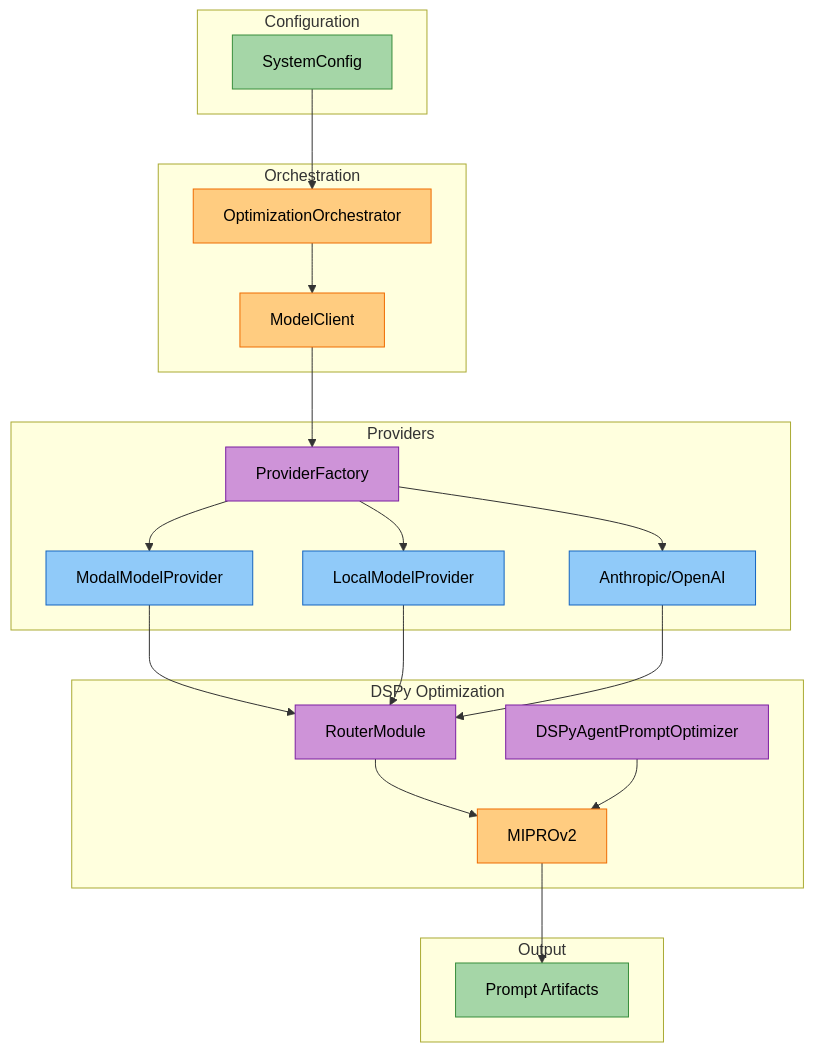
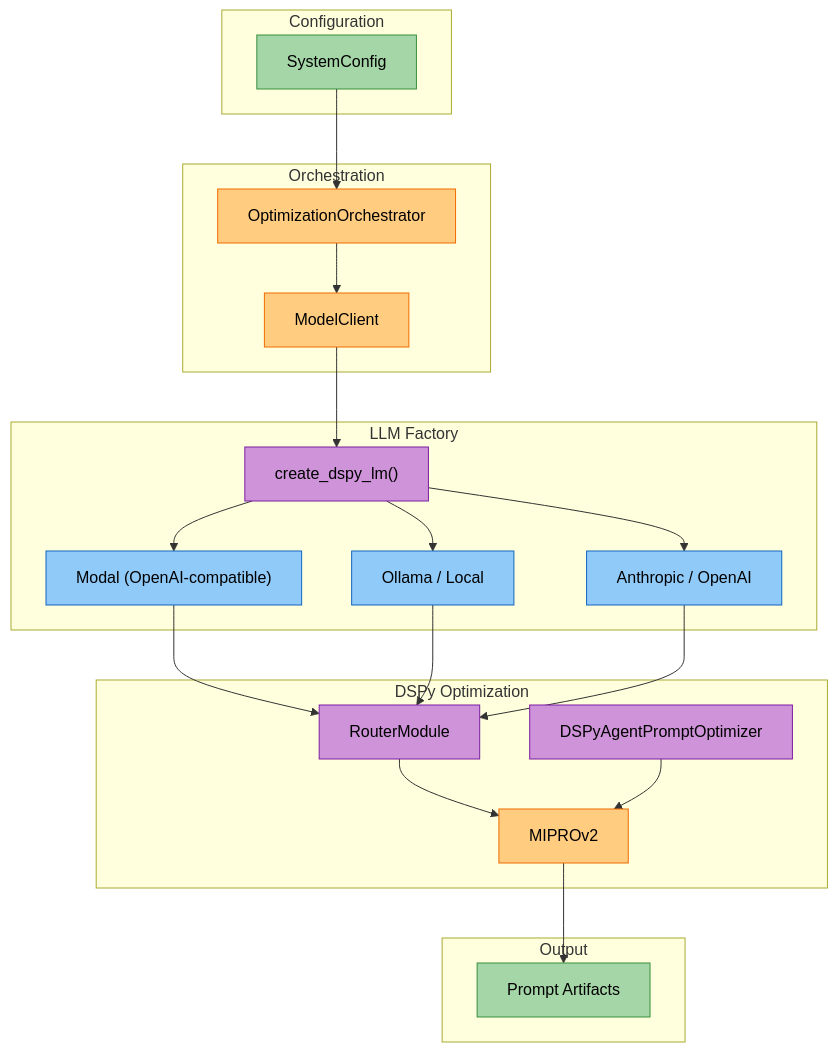
The fourth of 4 diagrams in docs/modules/optimization.md (amit-jain/cogniverse), drawn with Mermaid before and after one commit. The commit also changed other lines of this file and 10 other files, not shown here.

````diff
--- a/docs/modules/optimization.md
+++ b/docs/modules/optimization.md
@@ -1867,56 +1867,56 @@
 ```mermaid
 flowchart TB
     subgraph "Configuration"
         Config["<span style='color:#000'>SystemConfig</span>"]
     end
 
     subgraph "Orchestration"
         Orch["<span style='color:#000'>OptimizationOrchestrator</span>"]
         Client["<span style='color:#000'>ModelClient</span>"]
     end
 
-    subgraph "Providers"
-        Factory["<span style='color:#000'>ProviderFactory</span>"]
-        Modal["<span style='color:#000'>ModalModelProvider</span>"]
-        Local["<span style='color:#000'>LocalModelProvider</span>"]
-        API["<span style='color:#000'>Anthropic/OpenAI</span>"]
+    subgraph "LLM Factory"
+        Factory["<span style='color:#000'>create_dspy_lm()</span>"]
+        Modal["<span style='color:#000'>Modal (OpenAI-compatible)</span>"]
+        Local["<span style='color:#000'>Ollama / Local</span>"]
+        API["<span style='color:#000'>Anthropic / OpenAI</span>"]
     end
 
     subgraph "DSPy Optimization"
         Router["<span style='color:#000'>RouterModule</span>"]
         AgentOpt["<span style='color:#000'>DSPyAgentPromptOptimizer</span>"]
         MIPRO["<span style='color:#000'>MIPROv2</span>"]
     end
 
     subgraph "Output"
         Artifacts["<span style='color:#000'>Prompt Artifacts</span>"]
     end
 
     Config --> Orch
     Orch --> Client
     Client --> Factory
 
     Factory --> Modal
     Factory --> Local
     Factory --> API
 
     Modal --> Router
     Local --> Router
     API --> Router
 
     Router --> MIPRO
     AgentOpt --> MIPRO
     MIPRO --> Artifacts
 
     style Config fill:#a5d6a7,stroke:#388e3c,color:#000
     style Orch fill:#ffcc80,stroke:#ef6c00,color:#000
     style Client fill:#ffcc80,stroke:#ef6c00,color:#000
     style Factory fill:#ce93d8,stroke:#7b1fa2,color:#000
     style Modal fill:#90caf9,stroke:#1565c0,color:#000
     style Local fill:#90caf9,stroke:#1565c0,color:#000
     style API fill:#90caf9,stroke:#1565c0,color:#000
     style Router fill:#ce93d8,stroke:#7b1fa2,color:#000
     style AgentOpt fill:#ce93d8,stroke:#7b1fa2,color:#000
     style MIPRO fill:#ffcc80,stroke:#ef6c00,color:#000
     style Artifacts fill:#a5d6a7,stroke:#388e3c,color:#000
 ```
````
